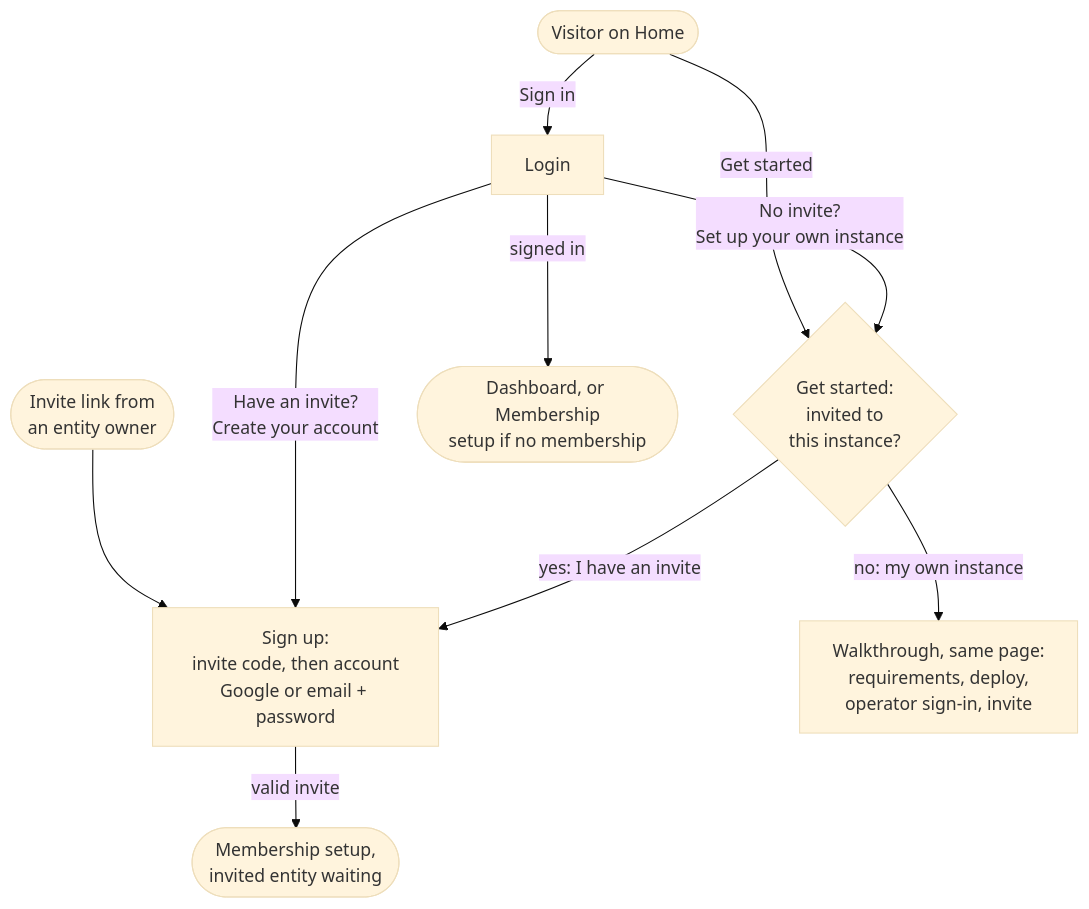
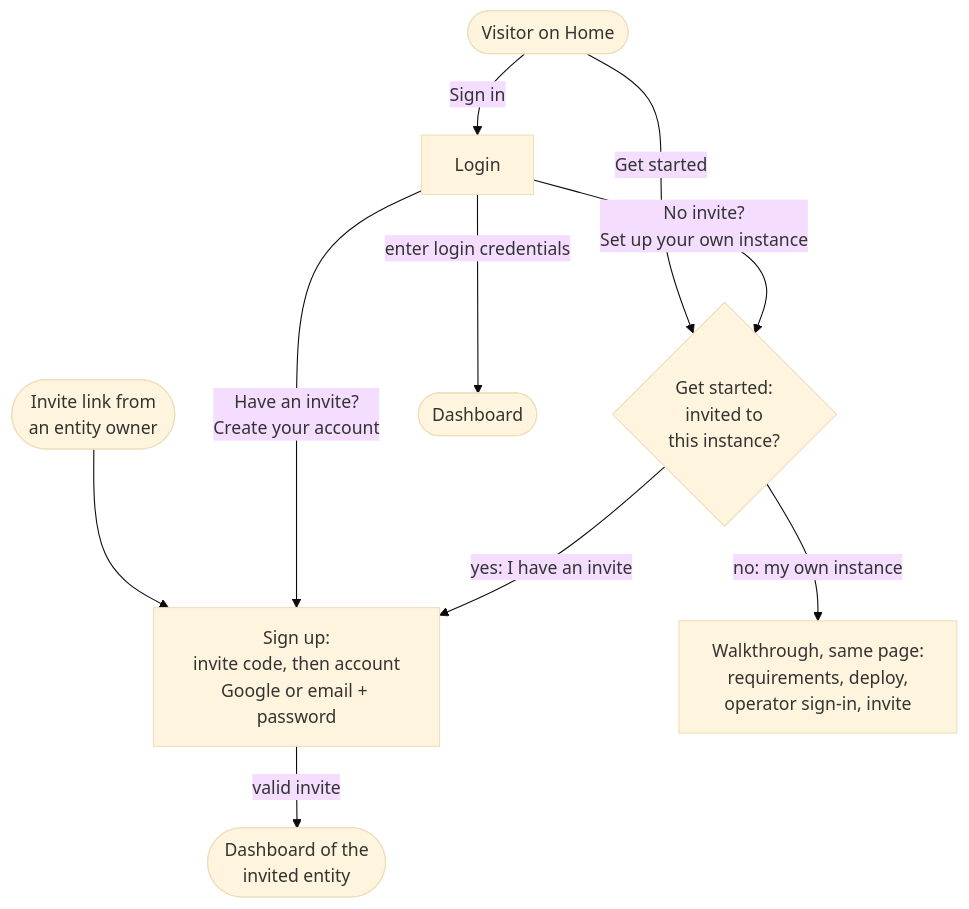
One commit to richmosko/polycarpic changed the diagram in docs/DESIGN/flows/home-entry-flow.md. Above: the diagram before and after it, drawn with Mermaid (base theme). The commit also changed other lines of this file and 12 other files, not shown here.

First line of the commit message:
design(flows-refine): restructure §5 User Flows into ten flows

````diff
--- a/docs/DESIGN/flows/home-entry-flow.md
+++ b/docs/DESIGN/flows/home-entry-flow.md
@@ -5,12 +5,12 @@
 ```mermaid
 flowchart TD
   home([Visitor on Home]) -- Sign in --> login[Login]
   home -- Get started --> gs{Get started:\ninvited to\nthis instance?}
   invite([Invite link from\nan entity owner]) --> signup
   login -- "Have an invite?\nCreate your account" --> signup[Sign up:\ninvite code, then account\nGoogle or email + password]
   login -- "No invite?\nSet up your own instance" --> gs
-  login -- signed in --> landed([Dashboard, or Membership\nsetup if no membership])
+  login -- enter login credentials --> landed([Dashboard])
   gs -- "yes: I have an invite" --> signup
   gs -- "no: my own instance" --> walk[Walkthrough, same page:\nrequirements, deploy,\noperator sign-in, invite]
-  signup -- valid invite --> setup([Membership setup,\ninvited entity waiting])
+  signup -- valid invite --> invited([Dashboard of the\ninvited entity])
 ```
````
